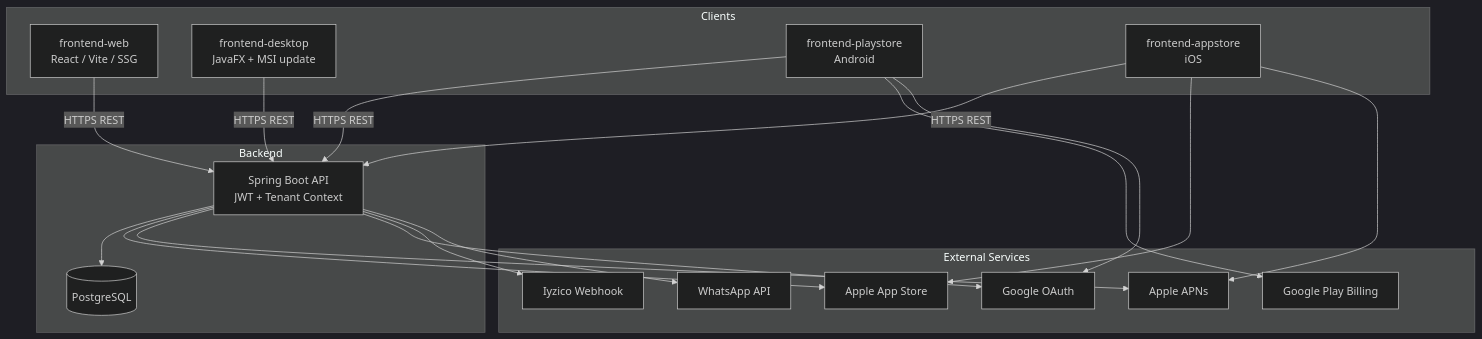
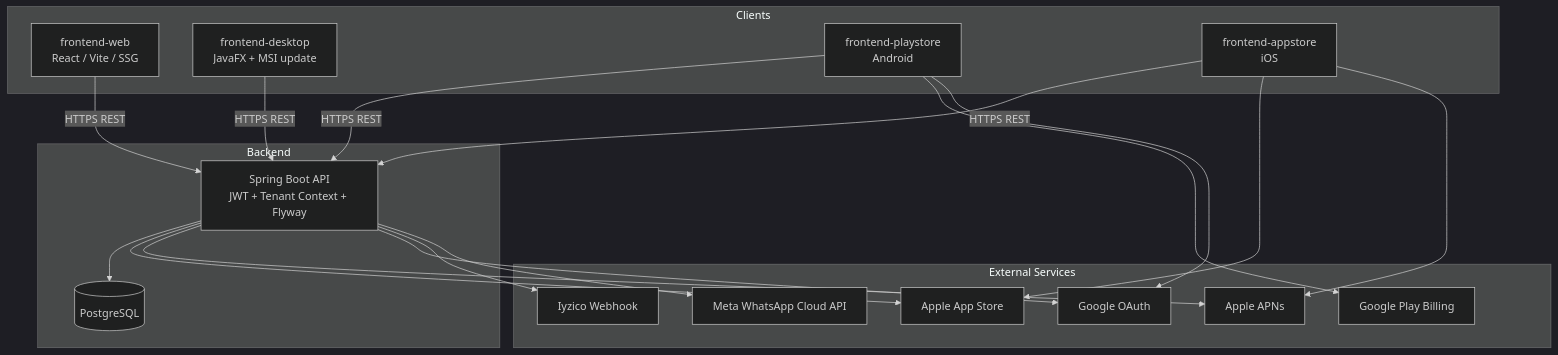
Before and after one commit to emirrkls/Pusula-SaaS-Ecosystem: the diagram in README.md, drawn with Mermaid (dark theme). The commit also changed other lines of this file and 1 other file, not shown here.

````diff
--- a/README.md
+++ b/README.md
@@ -67,39 +69,39 @@
 ```mermaid
 flowchart TB
     subgraph clients [Clients]
         WEB[frontend-web<br/>React / Vite / SSG]
         DESK[frontend-desktop<br/>JavaFX + MSI update]
         AND[frontend-playstore<br/>Android]
         IOS[frontend-appstore<br/>iOS]
     end
 
     subgraph backend [Backend]
-        API[Spring Boot API<br/>JWT + Tenant Context]
+        API[Spring Boot API<br/>JWT + Tenant Context + Flyway]
         DB[(PostgreSQL)]
     end
 
     subgraph external [External Services]
         GP[Google Play Billing]
         AS[Apple App Store]
         APNS[Apple APNs]
         GAuth[Google OAuth]
         IYZ[Iyzico Webhook]
-        WA[WhatsApp API]
+        WA[Meta WhatsApp Cloud API]
     end
 
     WEB -->|HTTPS REST| API
     DESK -->|HTTPS REST| API
     AND -->|HTTPS REST| API
     IOS -->|HTTPS REST| API
 
     API --> DB
     AND --> GP
     IOS --> AS
     IOS --> APNS
     API --> AS
     API --> APNS
     AND --> GAuth
     API --> GAuth
     API --> IYZ
     API --> WA
 ```
````
